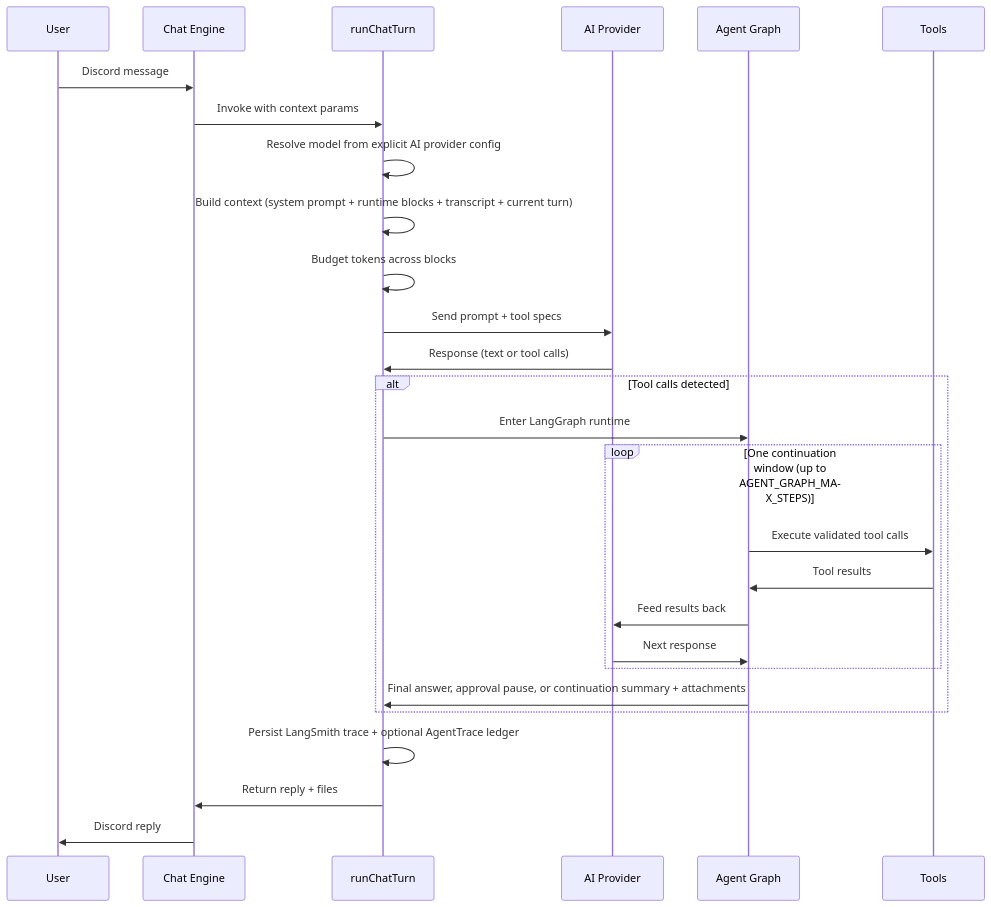
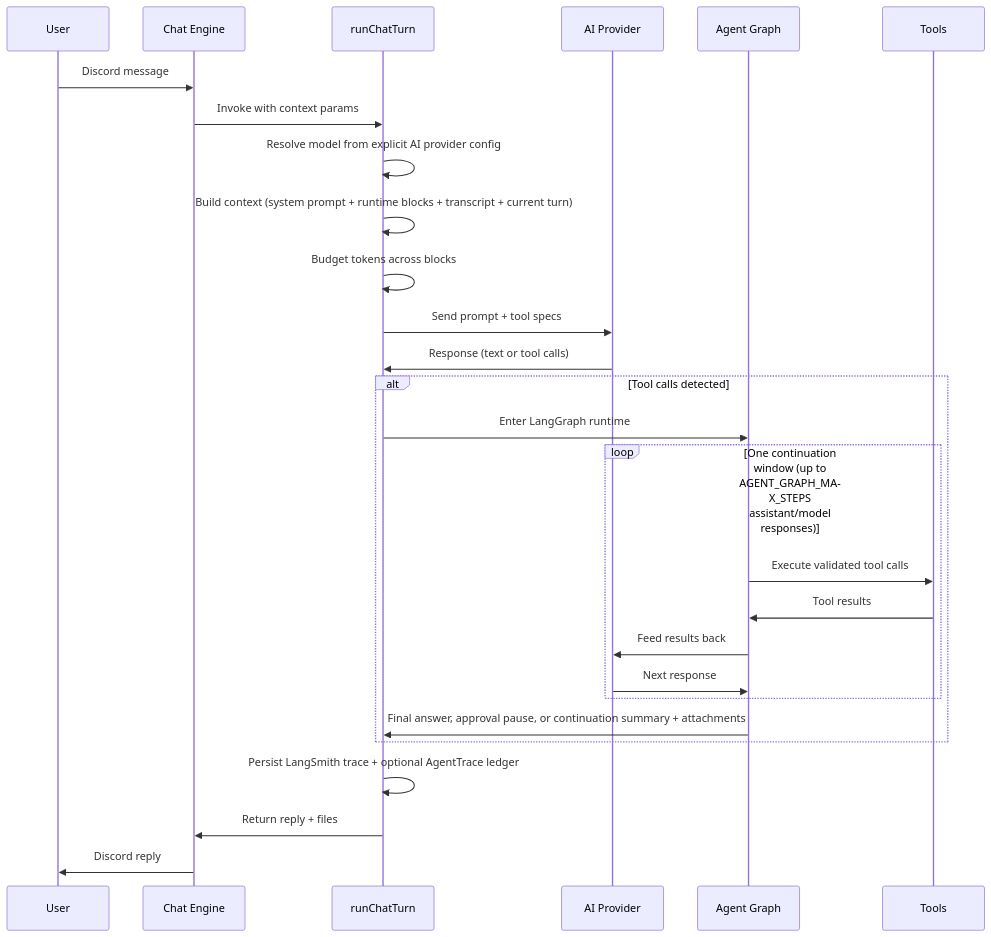
One commit to BokX1/Sage changed the second of 2 diagrams in docs/architecture/OVERVIEW.md. Above: the diagram before and after it, drawn with Mermaid. The commit also changed other lines of this file and 17 other files, not shown here.

````diff
--- a/docs/architecture/OVERVIEW.md
+++ b/docs/architecture/OVERVIEW.md
@@ -107,32 +107,32 @@
 ```mermaid
 sequenceDiagram
     participant U as User
     participant CE as Chat Engine
     participant RT as runChatTurn
     participant LLM as AI Provider
     participant AG as Agent Graph
     participant T as Tools
 
     U->>CE: Discord message
     CE->>RT: Invoke with context params
     RT->>RT: Resolve model from explicit AI provider config
     RT->>RT: Build context (system prompt + runtime blocks + transcript + current turn)
     RT->>RT: Budget tokens across blocks
     RT->>LLM: Send prompt + tool specs
     LLM->>RT: Response (text or tool calls)
 
     alt Tool calls detected
         RT->>AG: Enter LangGraph runtime
-        loop One continuation window (up to AGENT_GRAPH_MAX_STEPS)
+        loop One continuation window (up to AGENT_GRAPH_MAX_STEPS assistant/model responses)
             AG->>T: Execute validated tool calls
             T->>AG: Tool results
             AG->>LLM: Feed results back
             LLM->>AG: Next response
         end
         AG->>RT: Final answer, approval pause, or continuation summary + attachments
     end
 
     RT->>RT: Persist LangSmith trace + optional AgentTrace ledger
     RT->>CE: Return reply + files
     CE->>U: Discord reply
 ```
````
